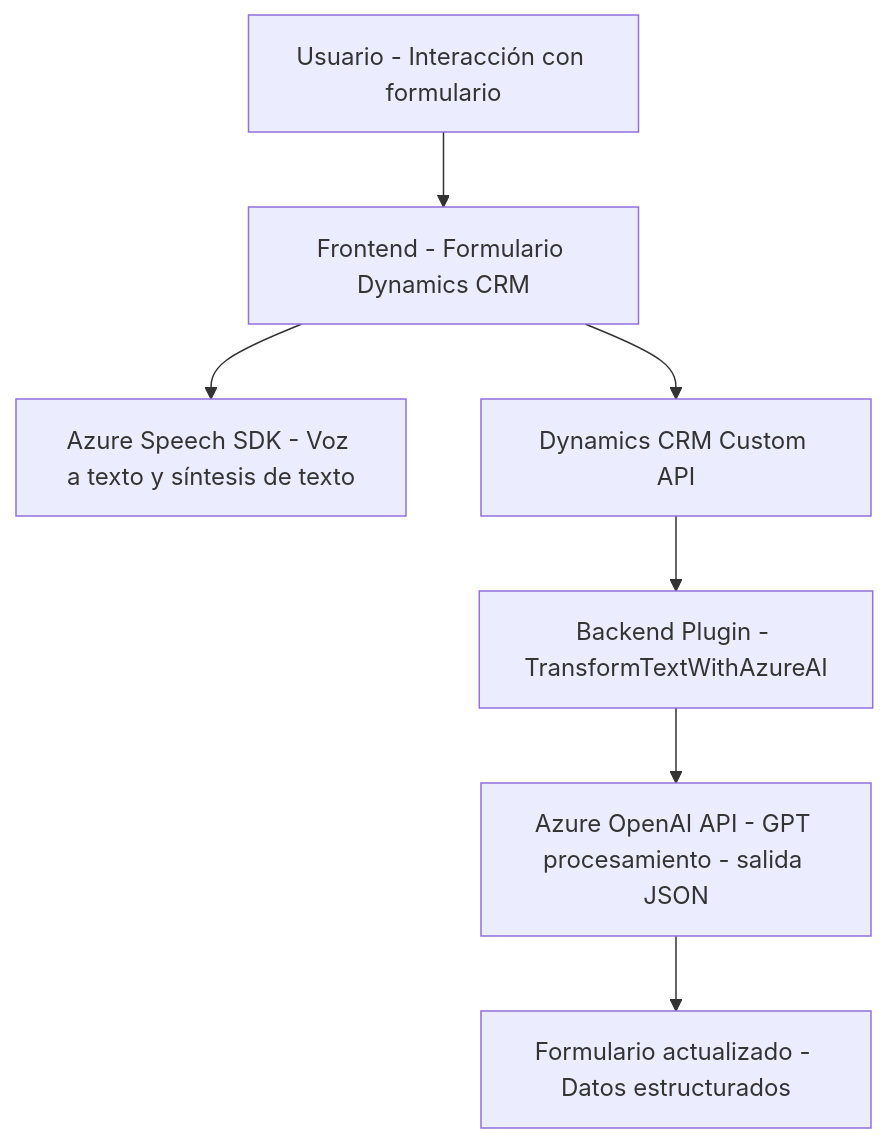
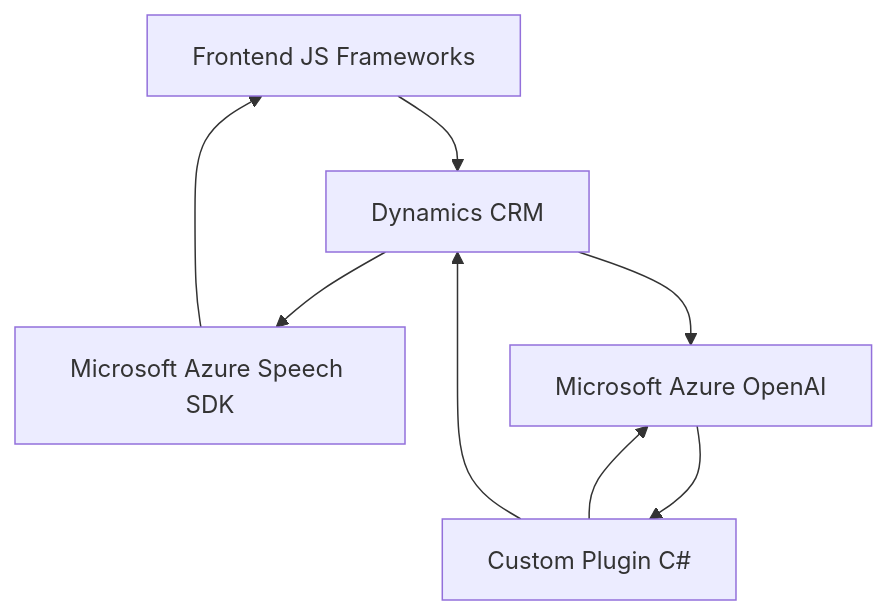
Before and after one commit to blopezdm/NETCORE_BILBAO2025: the diagram in README.md, drawn with Mermaid. The commit also changed other lines of this file, not shown here.

Commit message:
Actualizar análisis global de la solución con IA

````diff
--- a/README.md
+++ b/README.md
@@ -37,17 +29,16 @@
 ```mermaid
 graph TD
-    A["Usuario - Interacción con formulario"]
-    B["Frontend - Formulario Dynamics CRM"]
-    C["Azure Speech SDK - Voz a texto y síntesis de texto"]
-    D["Dynamics CRM Custom API"]
-    E["Backend Plugin - TransformTextWithAzureAI"]
-    F["Azure OpenAI API - GPT procesamiento - salida JSON"]
-    G["Formulario actualizado - Datos estructurados"]
+    A["Frontend JS Frameworks"]
+    B["Dynamics CRM"]
+    C["Microsoft Azure Speech SDK"]
+    D["Microsoft Azure OpenAI"]
+    E["Custom Plugin C#"]
 
     A --> B
     B --> C
     B --> D
+    C --> A
+    E --> D
     D --> E
-    E --> F
-    F --> G
+    E --> B
 ```
````
